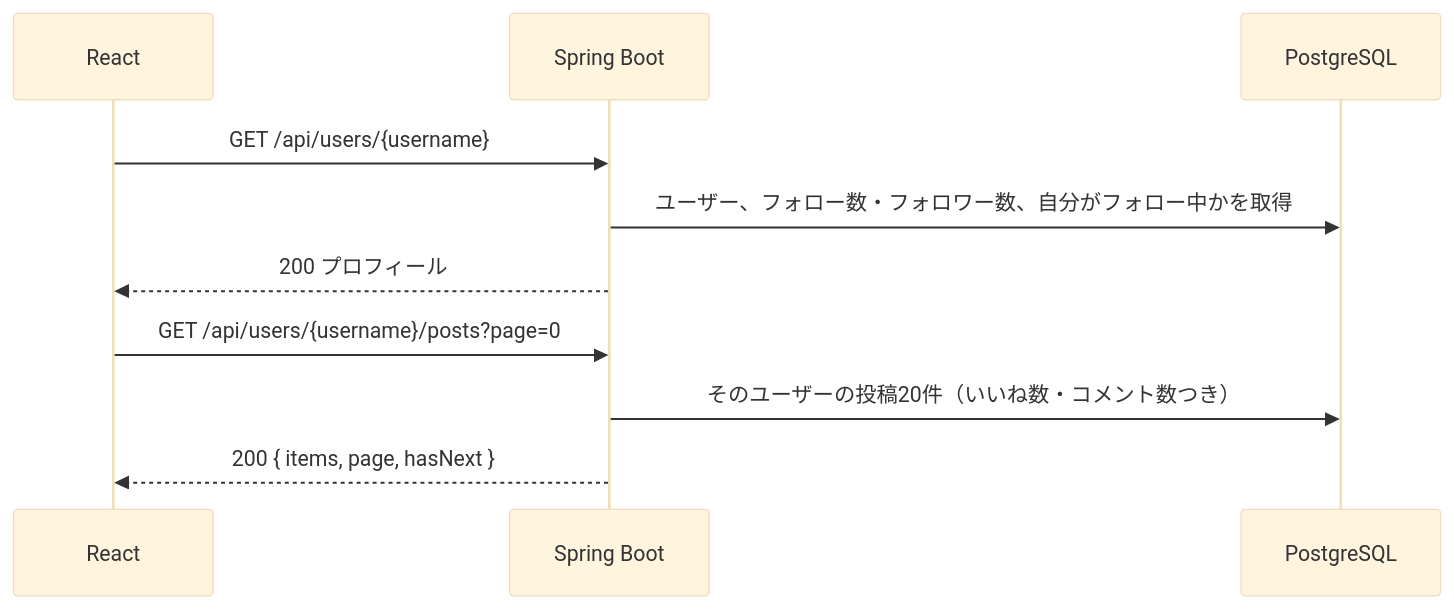
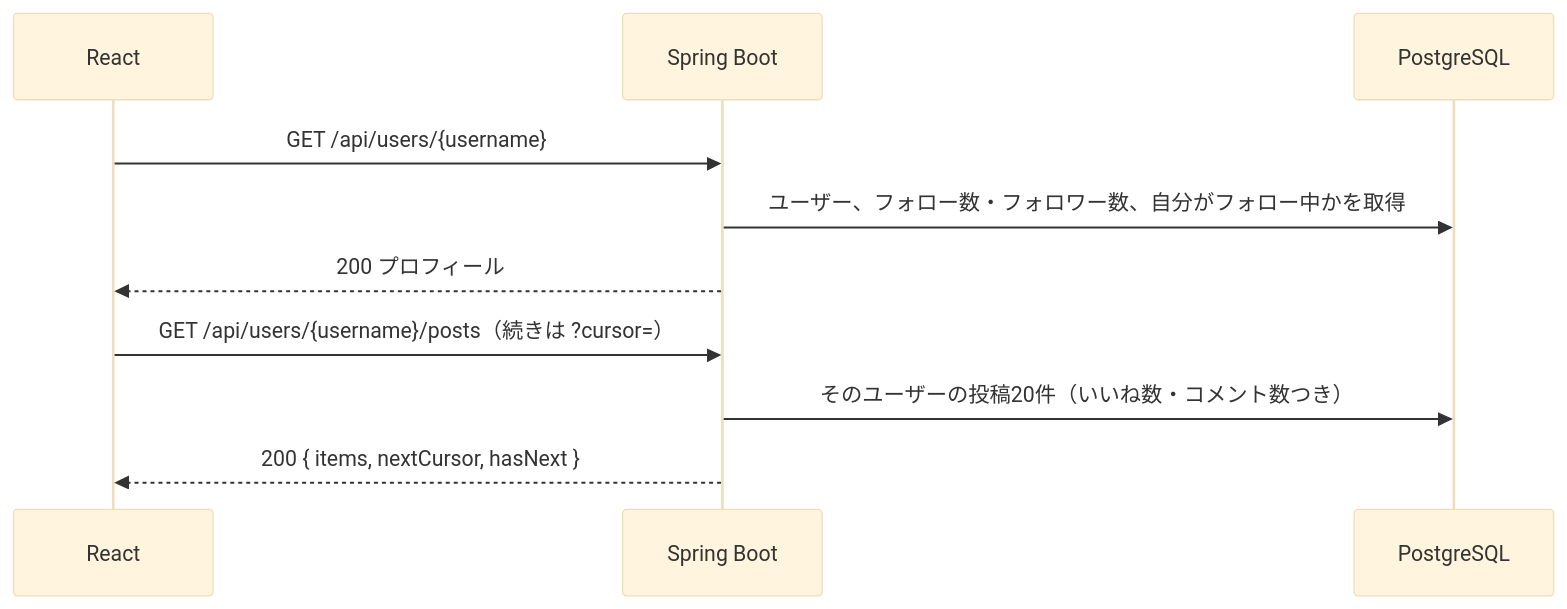
The first of 2 diagrams in docs/feature-specs/07_profile.md (okky0908-prog/sns-app), drawn with Mermaid (base theme) before and after one commit. The commit also changed other lines of this file and 39 other files, not shown here.

````diff
--- a/docs/feature-specs/07_profile.md
+++ b/docs/feature-specs/07_profile.md
@@ -58,13 +58,13 @@
 ```mermaid
 sequenceDiagram
     participant R as React
     participant S as Spring Boot
     participant DB as PostgreSQL
 
     R->>S: GET /api/users/{username}
     S->>DB: ユーザー、フォロー数・フォロワー数、自分がフォロー中かを取得
     S-->>R: 200 プロフィール
-    R->>S: GET /api/users/{username}/posts?page=0
+    R->>S: GET /api/users/{username}/posts（続きは ?cursor=）
     S->>DB: そのユーザーの投稿20件（いいね数・コメント数つき）
-    S-->>R: 200 { items, page, hasNext }
+    S-->>R: 200 { items, nextCursor, hasNext }
 ```
````
